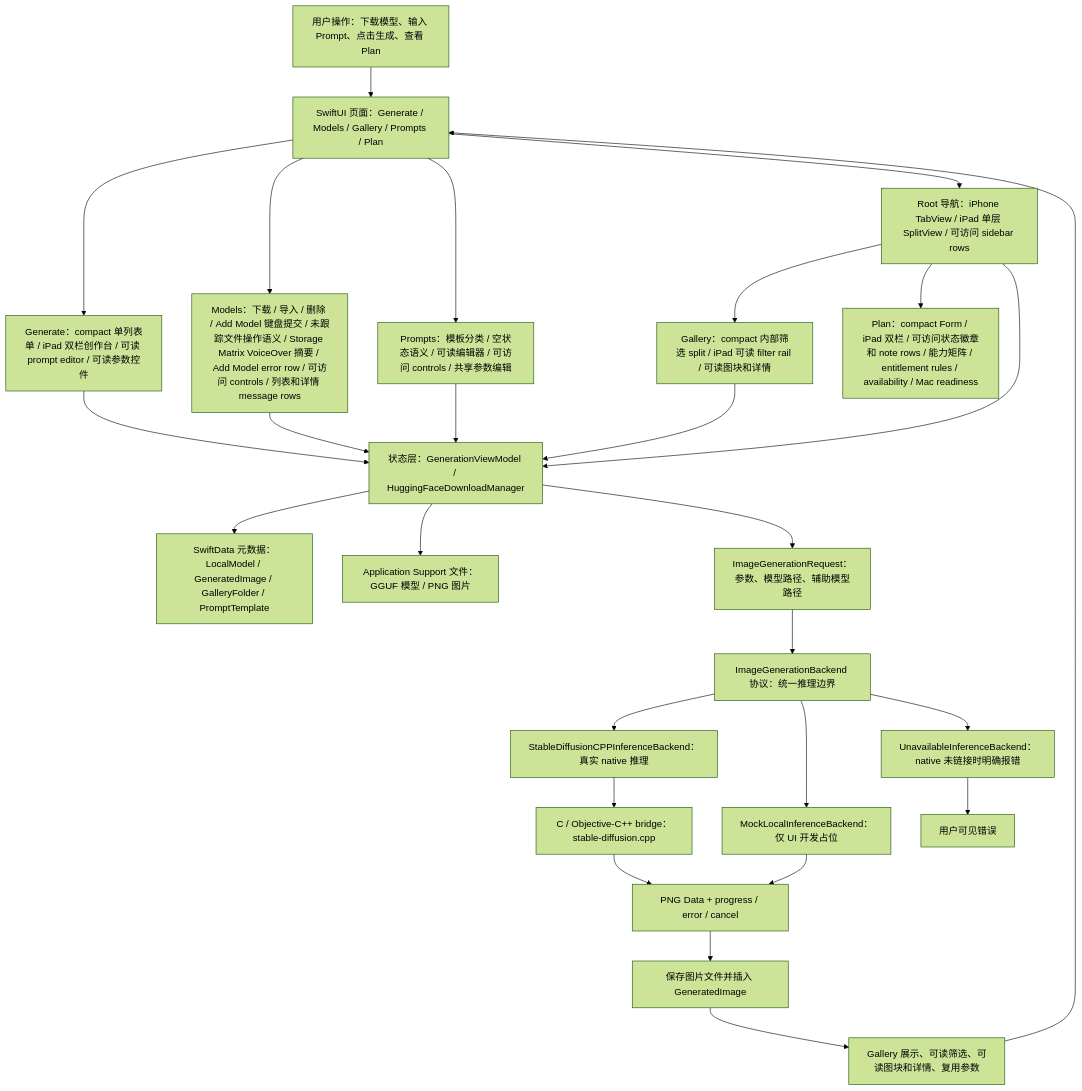
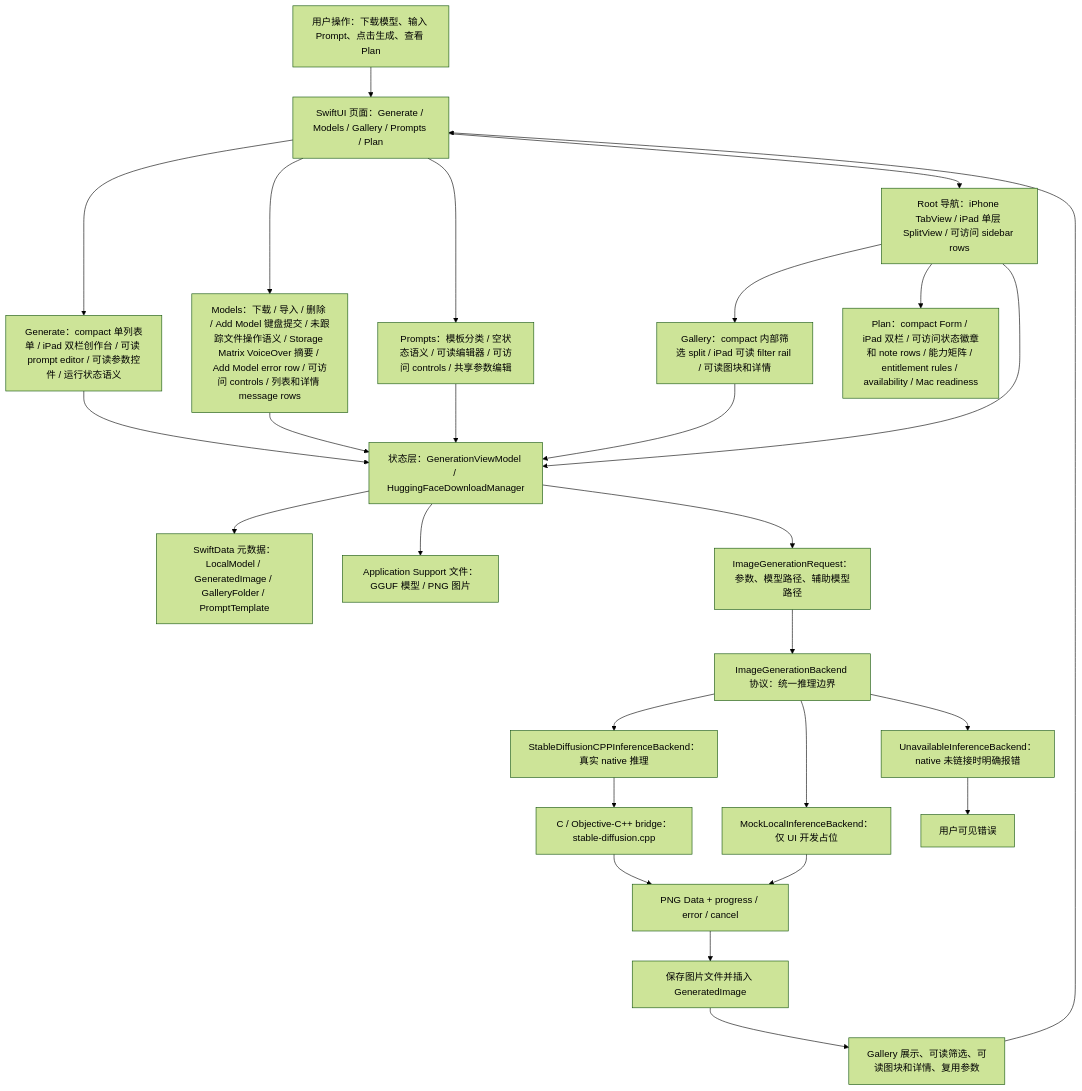
The first of 7 diagrams in md/flow/flowchart.md (Altman-sam114/118), drawn with Mermaid (forest theme) before and after one commit. The commit also changed 5 other files, not shown here.

````diff
--- a/md/flow/flowchart.md
+++ b/md/flow/flowchart.md
@@ -9,29 +9,29 @@
 ```mermaid
 flowchart TD
   U["用户操作：下载模型、输入 Prompt、点击生成、查看 Plan"] --> UI["SwiftUI 页面：Generate / Models / Gallery / Prompts / Plan"]
-  UI --> GENUI["Generate：compact 单列表单 / iPad 双栏创作台 / 可读 prompt editor / 可读参数控件"]
+  UI --> GENUI["Generate：compact 单列表单 / iPad 双栏创作台 / 可读 prompt editor / 可读参数控件 / 运行状态语义"]
   UI --> MODELUI["Models：下载 / 导入 / 删除 / Add Model 键盘提交 / 未跟踪文件操作语义 / Storage Matrix VoiceOver 摘要 / Add Model error row / 可访问 controls / 列表和详情 message rows"]
   UI --> PROMPTUI["Prompts：模板分类 / 空状态语义 / 可读编辑器 / 可访问 controls / 共享参数编辑"]
   UI --> NAV["Root 导航：iPhone TabView / iPad 单层 SplitView / 可访问 sidebar rows"]
   NAV --> GALUI["Gallery：compact 内部筛选 split / iPad 可读 filter rail / 可读图块和详情"]
   NAV --> PLANUI["Plan：compact Form / iPad 双栏 / 可访问状态徽章和 note rows / 能力矩阵 / entitlement rules / availability / Mac readiness"]
   NAV --> VM["状态层：GenerationViewModel / HuggingFaceDownloadManager"]
   GENUI --> VM
   MODELUI --> VM
   PROMPTUI --> VM
   GALUI --> VM
   VM --> SD["SwiftData 元数据：LocalModel / GeneratedImage / GalleryFolder / PromptTemplate"]
   VM --> FS["Application Support 文件：GGUF 模型 / PNG 图片"]
   VM --> REQ["ImageGenerationRequest：参数、模型路径、辅助模型路径"]
   REQ --> IFACE["ImageGenerationBackend 协议：统一推理边界"]
   IFACE --> NATIVE["StableDiffusionCPPInferenceBackend：真实 native 推理"]
   IFACE --> MOCK["MockLocalInferenceBackend：仅 UI 开发占位"]
   IFACE --> OFF["UnavailableInferenceBackend：native 未链接时明确报错"]
   NATIVE --> BRIDGE["C / Objective-C++ bridge：stable-diffusion.cpp"]
   BRIDGE --> PNG["PNG Data + progress / error / cancel"]
   MOCK --> PNG
   OFF --> ERR["用户可见错误"]
   PNG --> SAVE["保存图片文件并插入 GeneratedImage"]
   SAVE --> GALLERY["Gallery 展示、可读筛选、可读图块和详情、复用参数"]
   GALLERY --> UI
 ```
````
